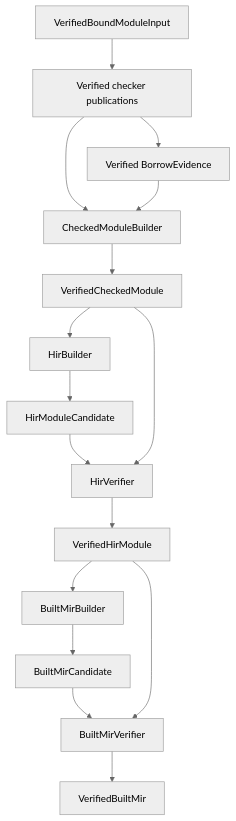
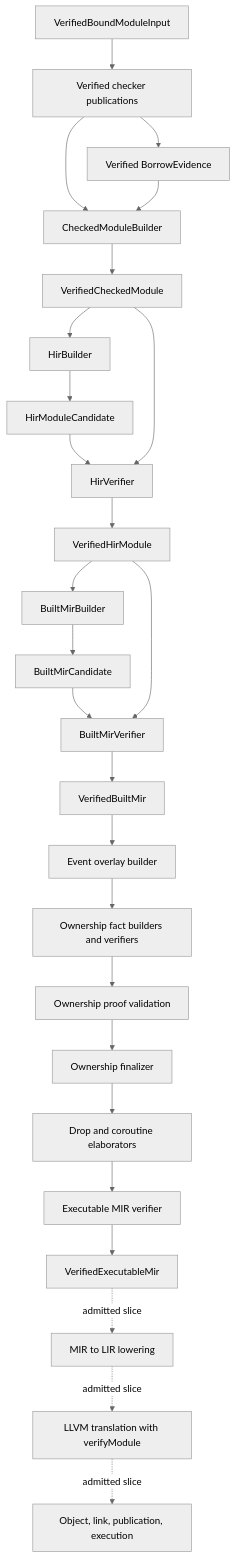
The second of 2 diagrams in docs/design/ir/lowering-and-verification.md (Zzzode/ZOM), drawn with Mermaid (neutral theme) before and after one commit. The commit also changed other lines of this file and 11 other files, not shown here.

First line of the commit message:
docs(design): resync IR notes with ownership, LIR, and backend slices

````diff
--- a/docs/design/ir/lowering-and-verification.md
+++ b/docs/design/ir/lowering-and-verification.md
@@ -43,18 +43,28 @@
 ```mermaid
 flowchart TD
     B["VerifiedBoundModuleInput"] --> C["Verified checker publications"]
     C --> E["Verified BorrowEvidence"]
     C --> CM["CheckedModuleBuilder"]
     E --> CM
     CM --> VCM["VerifiedCheckedModule"]
     VCM --> HB["HirBuilder"]
     HB --> HC["HirModuleCandidate"]
     HC --> HV["HirVerifier"]
     VCM --> HV
     HV --> H["VerifiedHirModule"]
     H --> MB["BuiltMirBuilder"]
     MB --> MC["BuiltMirCandidate"]
     MC --> MV["BuiltMirVerifier"]
     H --> MV
     MV --> M["VerifiedBuiltMir"]
+    M --> OVB["Event overlay builder"]
+    OVB --> OVC["Ownership fact builders and verifiers"]
+    OVC --> OVP["Ownership proof validation"]
+    OVP --> FZ["Ownership finalizer"]
+    FZ --> DRE["Drop and coroutine elaborators"]
+    DRE --> XV["Executable MIR verifier"]
+    XV --> XM["VerifiedExecutableMir"]
+    XM -. admitted slice .-> LI["MIR to LIR lowering"]
+    LI -. admitted slice .-> LT["LLVM translation with verifyModule"]
+    LT -. admitted slice .-> OB["Object, link, publication, execution"]
 ```
````
